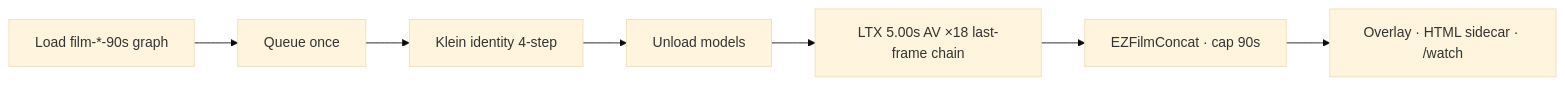
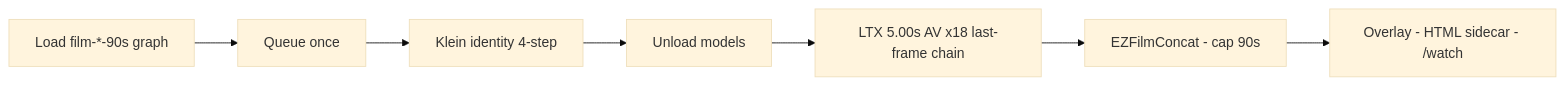
The diagram in docs/shorts.mdx (toxicoder/ez-comfy-stack), drawn with Mermaid (base theme) before and after one commit. The commit also changed other lines of this file and 1894 other files, not shown here.

````diff
--- a/docs/shorts.mdx
+++ b/docs/shorts.mdx
@@ -67,9 +67,9 @@
 ```mermaid
 flowchart LR
   Load["Load film-*-90s graph"] --> Q["Queue once"]
   Q --> Klein["Klein identity 4-step"]
   Klein --> Unload["Unload models"]
-  Unload --> Shot["LTX 5.00s AV ×18 last-frame chain"]
-  Shot --> Concat["EZFilmConcat · cap 90s"]
-  Concat --> Preview["Overlay · HTML sidecar · /watch"]
+  Unload --> Shot["LTX 5.00s AV x18 last-frame chain"]
+  Shot --> Concat["EZFilmConcat - cap 90s"]
+  Concat --> Preview["Overlay - HTML sidecar - /watch"]
 ```
````
